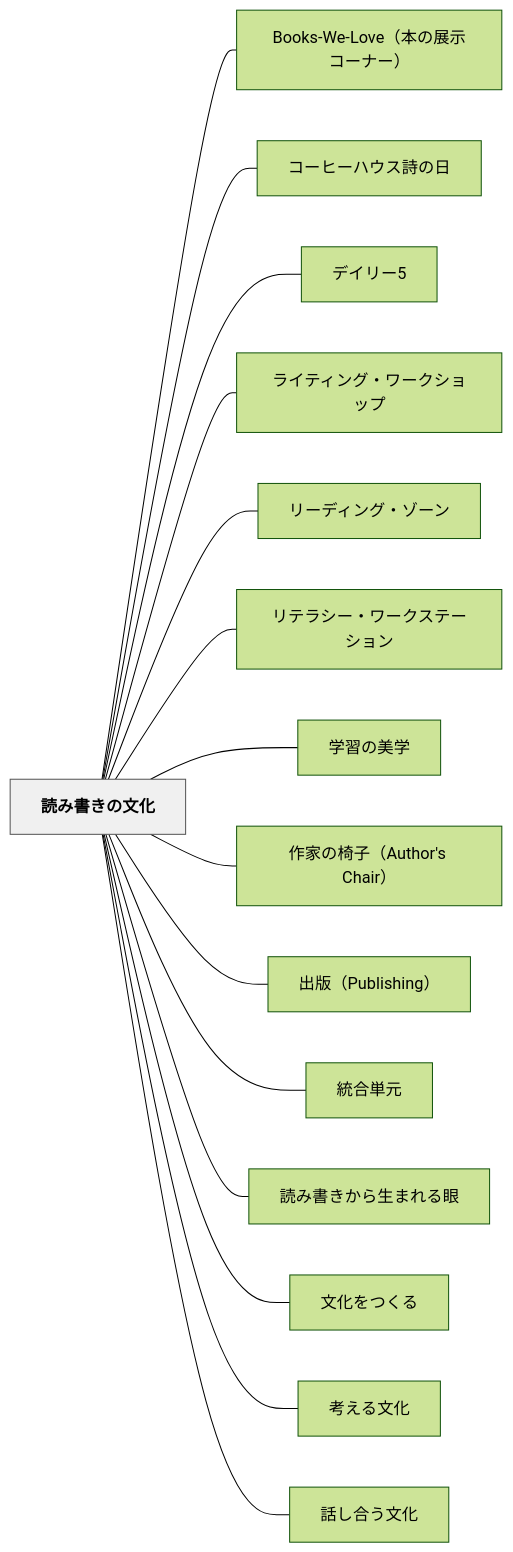
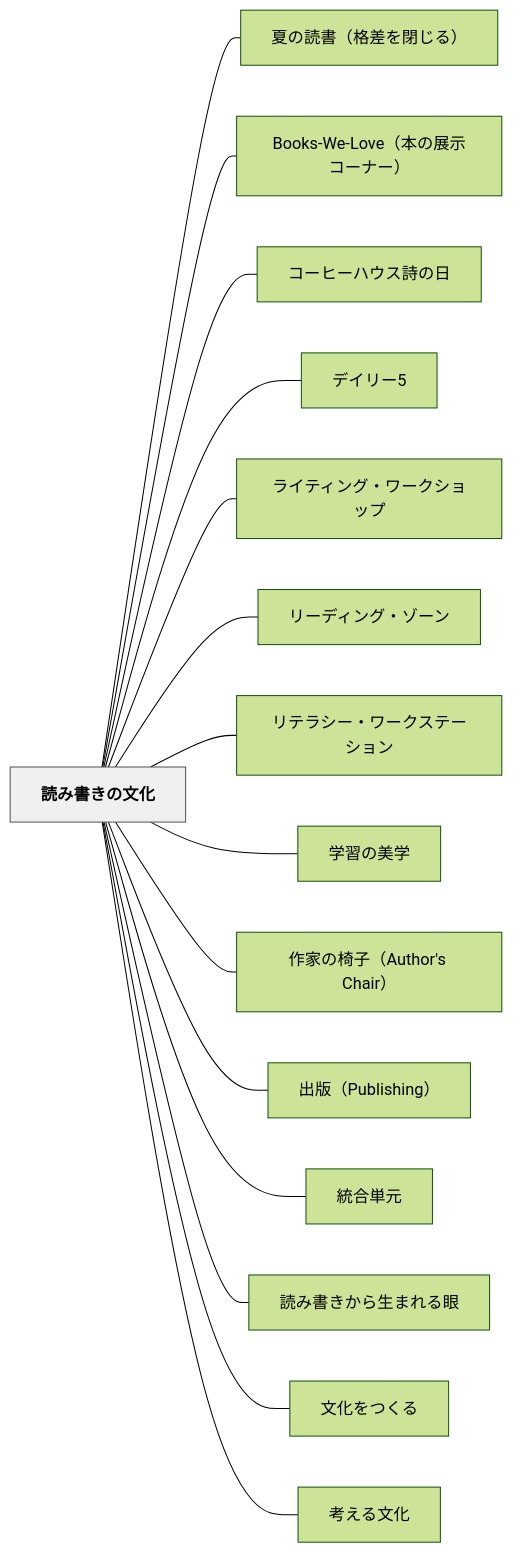
Before and after one commit to unknownthings-ed-patterns/unknownthings-ed-patterns: the diagram in content/パタン/読み書きの文化.md, drawn with Mermaid (forest theme). The commit also changed other lines of this file and 185 other files, not shown here.

````diff
--- a/content/パタン/読み書きの文化.md
+++ b/content/パタン/読み書きの文化.md
@@ -103,36 +104,36 @@
 ```mermaid
 flowchart LR
     ne8aaade381bfe69bb8e3818de381aee69687e58c96["読み書きの文化"]
+    ne5a48fe381aee8aaade69bb8efbc88e6a0bce5b7aee38292e99689e38198e3828befbc89["夏の読書（格差を閉じる）"]
     n426f6f6b732d57652d4c6f7665efbc88e69cace381aee5b195e7a4bae382b3e383bce3838ae383bcefbc89["Books-We-Love（本の展示コーナー）"]
     ne382b3e383bce38392e383bce3838fe382a6e382b9e8a9a9e381aee697a5["コーヒーハウス詩の日"]
     ne38387e382a4e383aae383bc35["デイリー5"]
     ne383a9e382a4e38386e382a3e383b3e382b0e383bbe383afe383bce382afe382b7e383a7e38383e38397["ライティング・ワークショップ"]
     ne383aae383bce38387e382a3e383b3e382b0e383bbe382bee383bce383b3["リーディング・ゾーン"]
     ne383aae38386e383a9e382b7e383bce383bbe383afe383bce382afe382b9e38386e383bce382b7e383a7e383b3["リテラシー・ワークステーション"]
     ne5ada6e7bf92e381aee7be8ee5ada6["学習の美学"]
     ne4bd9ce5aeb6e381aee6a485e5ad90efbc88417574686f722773204368616972efbc89["作家の椅子（Author's Chair）"]
     ne587bae78988efbc885075626c697368696e67efbc89["出版（Publishing）"]
     ne7b5b1e59088e58d98e58583["統合単元"]
     ne8aaade381bfe69bb8e3818de3818be38289e7949fe381bee3828ce3828be79cbc["読み書きから生まれる眼"]
     ne69687e58c96e38292e381a4e3818fe3828b["文化をつくる"]
     ne88083e38188e3828be69687e58c96["考える文化"]
-    ne8a9b1e38197e59088e38186e69687e58c96["話し合う文化"]
 
+    ne8aaade381bfe69bb8e3818de381aee69687e58c96 --- ne5a48fe381aee8aaade69bb8efbc88e6a0bce5b7aee38292e99689e38198e3828befbc89
     ne8aaade381bfe69bb8e3818de381aee69687e58c96 --- n426f6f6b732d57652d4c6f7665efbc88e69cace381aee5b195e7a4bae382b3e383bce3838ae383bcefbc89
     ne8aaade381bfe69bb8e3818de381aee69687e58c96 --- ne382b3e383bce38392e383bce3838fe382a6e382b9e8a9a9e381aee697a5
     ne8aaade381bfe69bb8e3818de381aee69687e58c96 --- ne38387e382a4e383aae383bc35
     ne8aaade381bfe69bb8e3818de381aee69687e58c96 --- ne383a9e382a4e38386e382a3e383b3e382b0e383bbe383afe383bce382afe382b7e383a7e38383e38397
     ne8aaade381bfe69bb8e3818de381aee69687e58c96 --- ne383aae383bce38387e382a3e383b3e382b0e383bbe382bee383bce383b3
     ne8aaade381bfe69bb8e3818de381aee69687e58c96 --- ne383aae38386e383a9e382b7e383bce383bbe383afe383bce382afe382b9e38386e383bce382b7e383a7e383b3
     ne8aaade381bfe69bb8e3818de381aee69687e58c96 --- ne5ada6e7bf92e381aee7be8ee5ada6
     ne8aaade381bfe69bb8e3818de381aee69687e58c96 --- ne4bd9ce5aeb6e381aee6a485e5ad90efbc88417574686f722773204368616972efbc89
     ne8aaade381bfe69bb8e3818de381aee69687e58c96 --- ne587bae78988efbc885075626c697368696e67efbc89
     ne8aaade381bfe69bb8e3818de381aee69687e58c96 --- ne7b5b1e59088e58d98e58583
     ne8aaade381bfe69bb8e3818de381aee69687e58c96 --- ne8aaade381bfe69bb8e3818de3818be38289e7949fe381bee3828ce3828be79cbc
     ne8aaade381bfe69bb8e3818de381aee69687e58c96 --- ne69687e58c96e38292e381a4e3818fe3828b
     ne8aaade381bfe69bb8e3818de381aee69687e58c96 --- ne88083e38188e3828be69687e58c96
-    ne8aaade381bfe69bb8e3818de381aee69687e58c96 --- ne8a9b1e38197e59088e38186e69687e58c96
 
     classDef hub fill:#f0f0f0,stroke:#555,color:#000,font-weight:bold
     class ne8aaade381bfe69bb8e3818de381aee69687e58c96 hub
 ```
````
